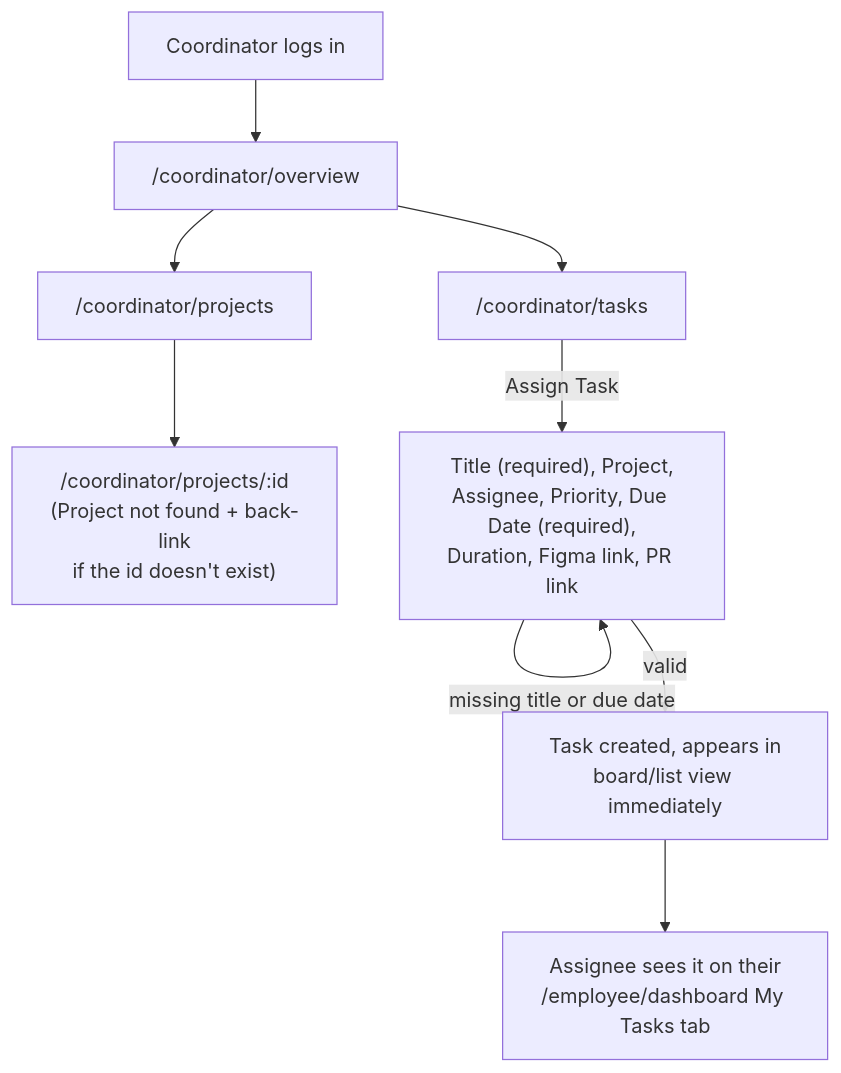
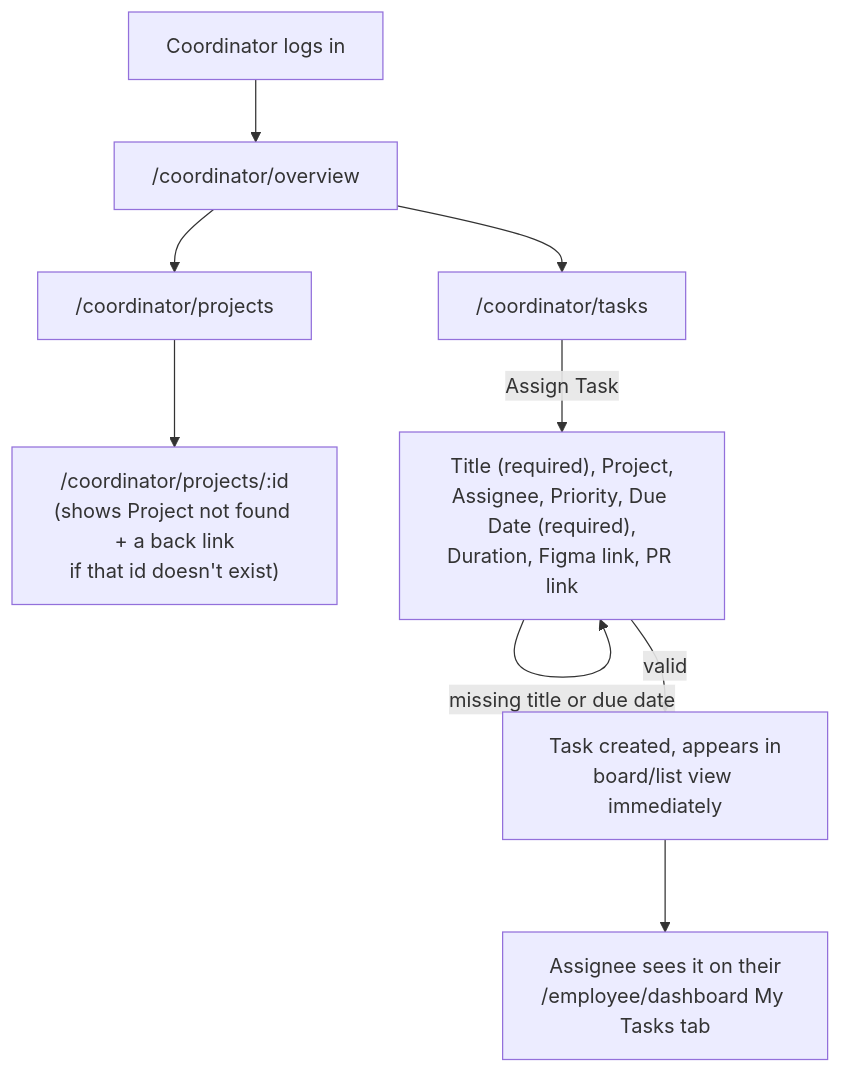
Before and after one commit to Fute-Services/Project-Ticket: the sixth of 8 diagrams in docs/USER_FLOW.md, drawn with Mermaid. The commit also changed other lines of this file and 40 other files, not shown here.

````diff
--- a/docs/USER_FLOW.md
+++ b/docs/USER_FLOW.md
@@ -113,11 +115,11 @@
 ```mermaid
 flowchart TD
     L["Coordinator logs in"] --> D["/coordinator/overview"]
     D --> P["/coordinator/projects"]
     D --> T["/coordinator/tasks"]
-    P --> PD["/coordinator/projects/:id\n(Project not found + back-link\nif the id doesn't exist)"]
+    P --> PD["/coordinator/projects/:id\n(shows Project not found + a back link\nif that id doesn't exist)"]
     T -->|"Assign Task"| FORM["Title (required), Project,\nAssignee, Priority, Due Date (required),\nDuration, Figma link, PR link"]
     FORM -->|"missing title or due date"| FORM
     FORM -->|valid| CREATE["Task created, appears in\nboard/list view immediately"]
     CREATE --> EMP["Assignee sees it on their\n/employee/dashboard My Tasks tab"]
 ```
````
